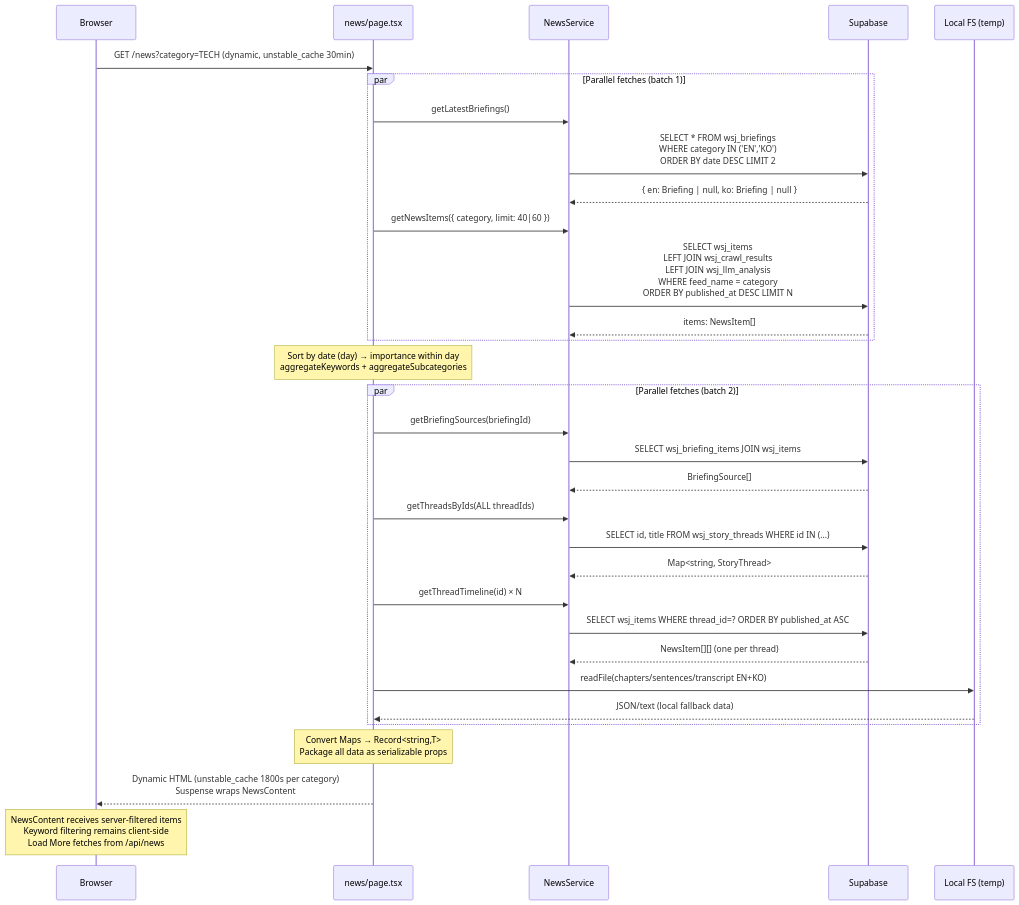
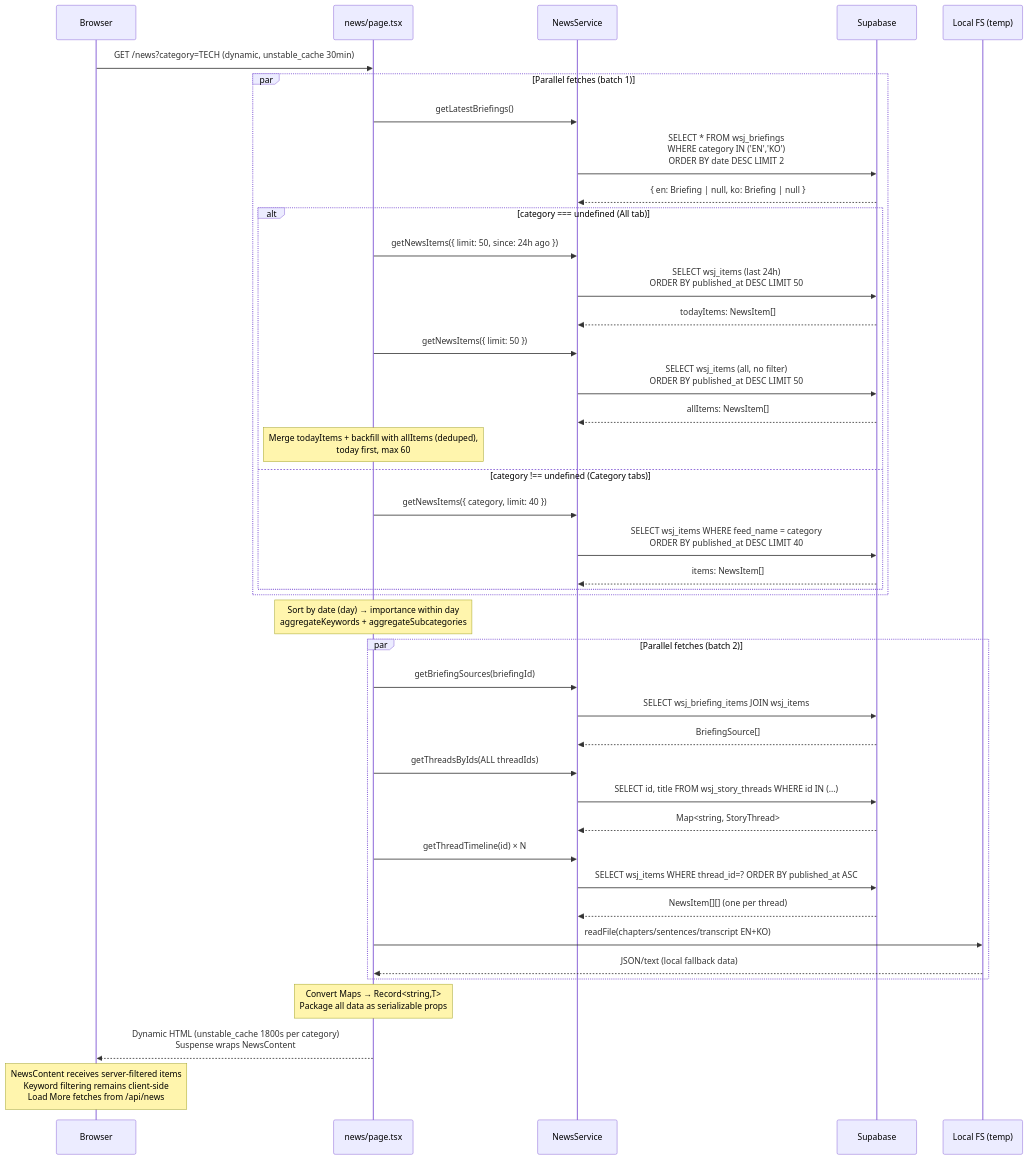
Before and after one commit to choym92/araverus: the third of 6 diagrams in docs/2-news-frontend.md, drawn with Mermaid. The commit also changed other lines of this file, not shown here.

Commit message:
docs: update frontend docs for All tab today-first fetch logic

````diff
--- a/docs/2-news-frontend.md
+++ b/docs/2-news-frontend.md
@@ -177,44 +177,54 @@
 ```mermaid
 sequenceDiagram
     participant Browser
     participant Page as news/page.tsx
     participant Svc as NewsService
     participant DB as Supabase
     participant FS as Local FS (temp)
 
     Browser->>Page: GET /news?category=TECH (dynamic, unstable_cache 30min)
 
     par Parallel fetches (batch 1)
         Page->>Svc: getLatestBriefings()
         Svc->>DB: SELECT * FROM wsj_briefings<br/>WHERE category IN ('EN','KO')<br/>ORDER BY date DESC LIMIT 2
         DB-->>Svc: { en: Briefing | null, ko: Briefing | null }
 
-        Page->>Svc: getNewsItems({ category, limit: 40|60 })
-        Svc->>DB: SELECT wsj_items<br/>LEFT JOIN wsj_crawl_results<br/>LEFT JOIN wsj_llm_analysis<br/>WHERE feed_name = category<br/>ORDER BY published_at DESC LIMIT N
-        DB-->>Svc: items: NewsItem[]
+        alt category === undefined (All tab)
+            Page->>Svc: getNewsItems({ limit: 50, since: 24h ago })
+            Svc->>DB: SELECT wsj_items (last 24h)<br/>ORDER BY published_at DESC LIMIT 50
+            DB-->>Svc: todayItems: NewsItem[]
+            Page->>Svc: getNewsItems({ limit: 50 })
+            Svc->>DB: SELECT wsj_items (all, no filter)<br/>ORDER BY published_at DESC LIMIT 50
+            DB-->>Svc: allItems: NewsItem[]
+            Note over Page: Merge todayItems + backfill with allItems (deduped),<br/>today first, max 60
+        else category !== undefined (Category tabs)
+            Page->>Svc: getNewsItems({ category, limit: 40 })
+            Svc->>DB: SELECT wsj_items WHERE feed_name = category<br/>ORDER BY published_at DESC LIMIT 40
+            DB-->>Svc: items: NewsItem[]
+        end
     end
 
     Note over Page: Sort by date (day) → importance within day<br/>aggregateKeywords + aggregateSubcategories
 
     par Parallel fetches (batch 2)
         Page->>Svc: getBriefingSources(briefingId)
         Svc->>DB: SELECT wsj_briefing_items JOIN wsj_items
         DB-->>Svc: BriefingSource[]
 
         Page->>Svc: getThreadsByIds(ALL threadIds)
         Svc->>DB: SELECT id, title FROM wsj_story_threads WHERE id IN (...)
         DB-->>Svc: Map<string, StoryThread>
 
         Page->>Svc: getThreadTimeline(id) × N
         Svc->>DB: SELECT wsj_items WHERE thread_id=? ORDER BY published_at ASC
         DB-->>Svc: NewsItem[][] (one per thread)
 
         Page->>FS: readFile(chapters/sentences/transcript EN+KO)
         FS-->>Page: JSON/text (local fallback data)
     end
 
     Note over Page: Convert Maps → Record<string,T><br/>Package all data as serializable props
 
     Page-->>Browser: Dynamic HTML (unstable_cache 1800s per category)<br/>Suspense wraps NewsContent
     Note over Browser: NewsContent receives server-filtered items<br/>Keyword filtering remains client-side<br/>Load More fetches from /api/news
 ```
````
